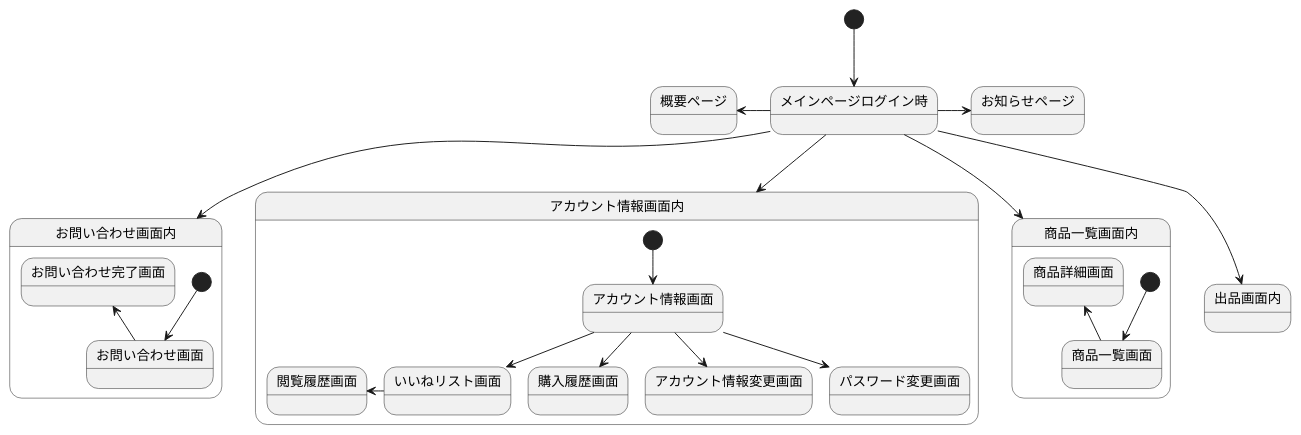
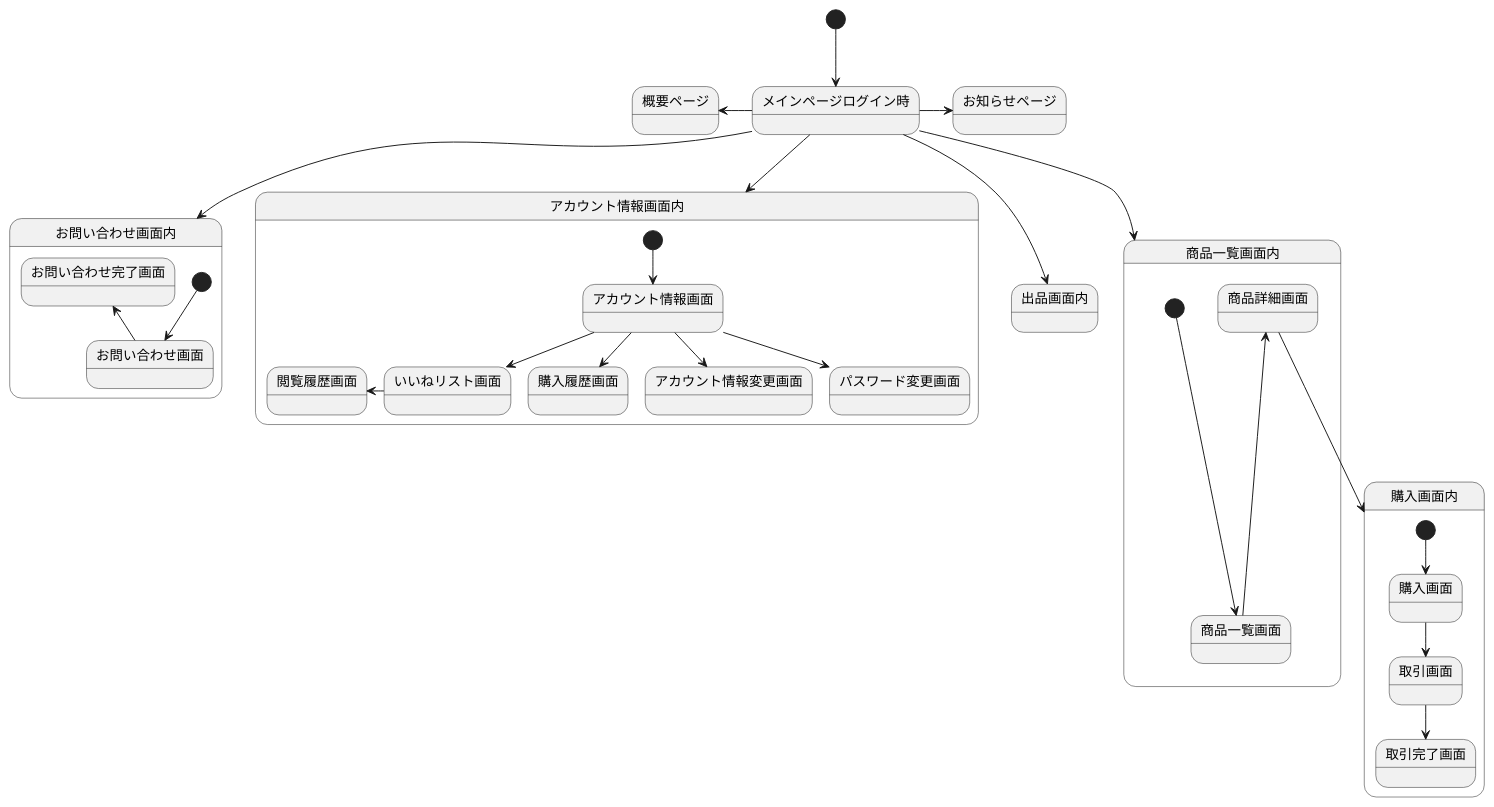
One commit to Aso2001147/2021SystemDesign changed the diagram in 画面遷移図ログイン.md. Above: the diagram before and after it, drawn with PlantUML.

````diff
--- a/画面遷移図ログイン.md
+++ b/画面遷移図ログイン.md
@@ -1,31 +1,40 @@
 ```uml
 @startuml
+
 [*] --> メインページログイン時
 メインページログイン時 -left-> 概要ページ
 メインページログイン時 -right-> お知らせページ
 メインページログイン時 --> お問い合わせ画面内
 メインページログイン時 --> アカウント情報画面内
 メインページログイン時 --> 商品一覧画面内
 メインページログイン時 --> 出品画面内
 
 state お問い合わせ画面内{
 [*] -down-> お問い合わせ画面
 お問い合わせ画面 -up-> お問い合わせ完了画面
 }
 
 state アカウント情報画面内{
 [*] --> アカウント情報画面
 アカウント情報画面 -down-> いいねリスト画面
 いいねリスト画面 -left-> 閲覧履歴画面
 アカウント情報画面 -down-> 購入履歴画面
 アカウント情報画面 -down-> アカウント情報変更画面
 アカウント情報画面 -down-> パスワード変更画面
 }
 
 state 商品一覧画面内{
 [*] -down-> 商品一覧画面
 商品一覧画面 -up-> 商品詳細画面
 }
 
+商品詳細画面 --> 購入画面内
 
+state 購入画面内{
+[*] --> 購入画面
+購入画面 --> 取引画面
+取引画面 --> 取引完了画面
+}
+
+@enduml
 ```
````
